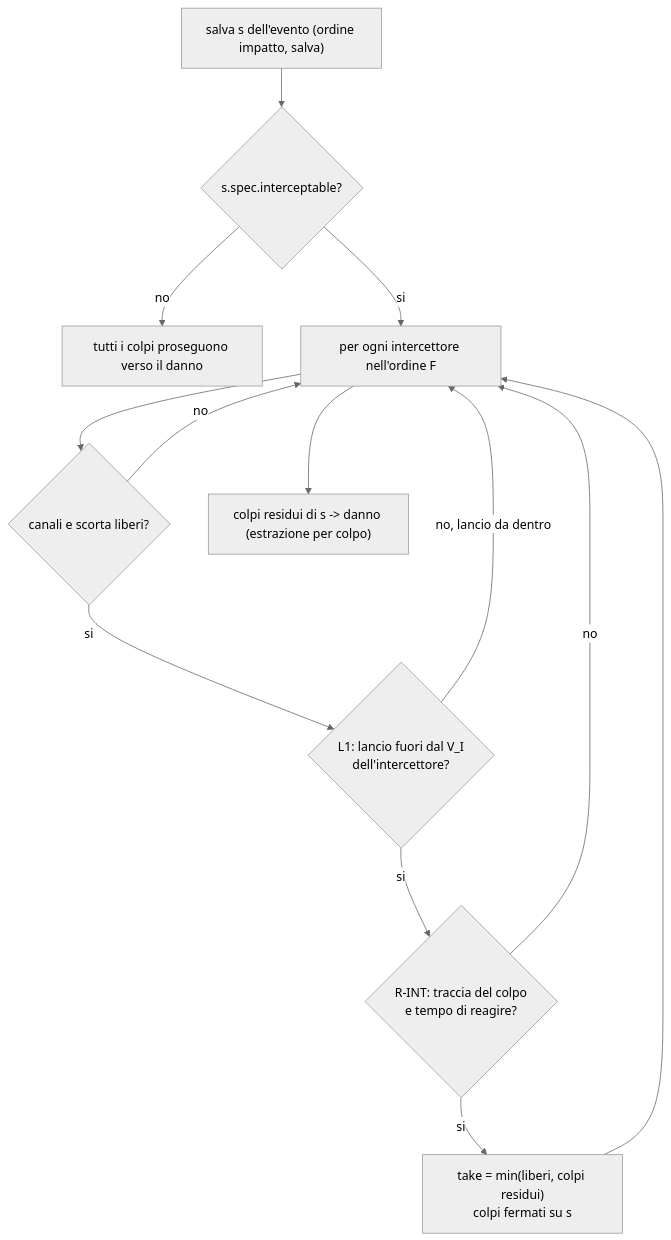
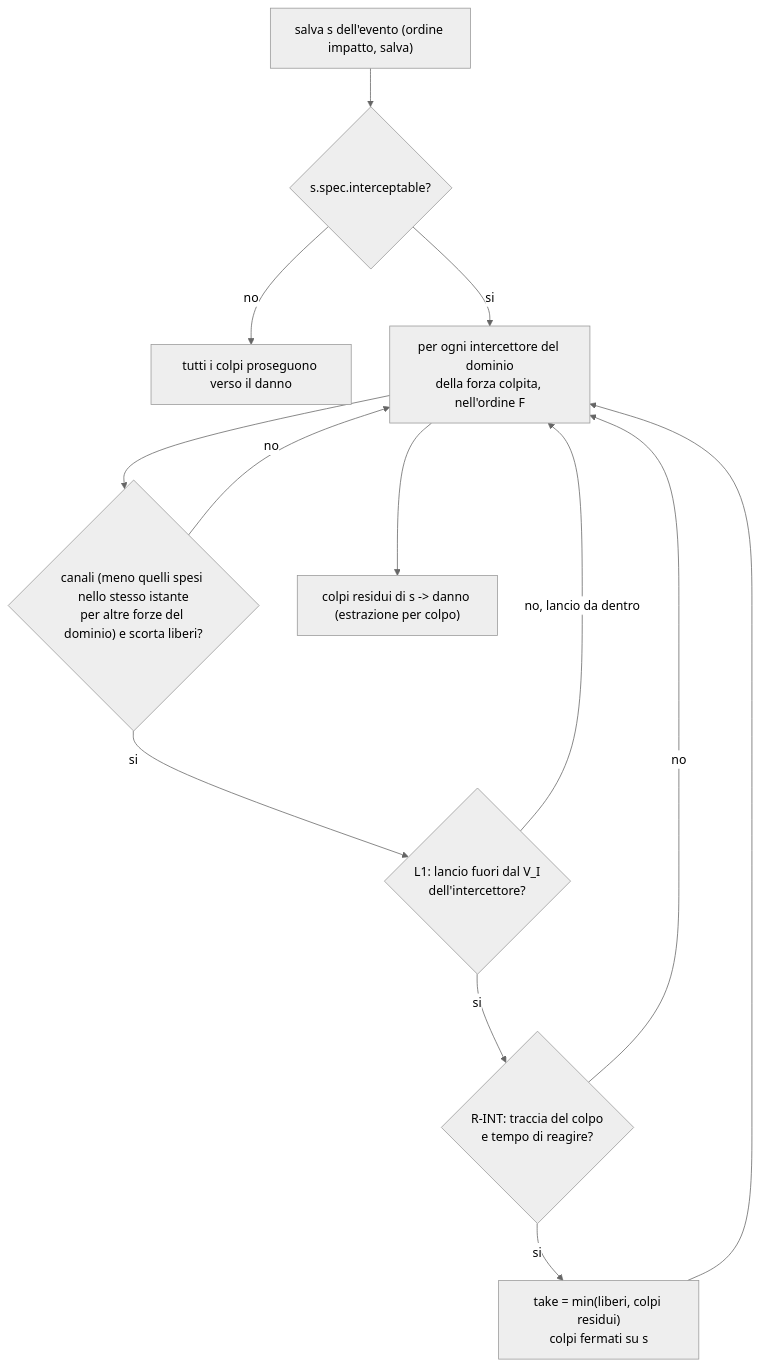
One commit to MakusIV/Warfare-Model changed diagram 11 of 17 in Analysis/Document/Manuale_Motore_DES/05_Strato2_Risolutore_Ingaggio.md. Above: the diagram before and after it, drawn with Mermaid (neutral theme). The commit also changed other lines of this file and 11 other files, not shown here.

````diff
--- a/Analysis/Document/Manuale_Motore_DES/05_Strato2_Risolutore_Ingaggio.md
+++ b/Analysis/Document/Manuale_Motore_DES/05_Strato2_Risolutore_Ingaggio.md
@@ -1482,15 +1630,15 @@
 ```mermaid
 flowchart TD
     S["salva s dell'evento (ordine impatto, salva)"] --> I{"s.spec.interceptable?"}
     I -->|no| W["tutti i colpi proseguono verso il danno"]
-    I -->|si| L["per ogni intercettore nell'ordine F"]
-    L --> F{"canali e scorta liberi?"}
+    I -->|si| L["per ogni intercettore del dominio<br/>della forza colpita, nell'ordine F"]
+    L --> F{"canali (meno quelli spesi nello stesso istante<br/>per altre forze del dominio) e scorta liberi?"}
     F -->|no| L
     F -->|si| G{"L1: lancio fuori dal V_I<br/>dell'intercettore?"}
     G -->|no, lancio da dentro| L
     G -->|si| T{"R-INT: traccia del colpo<br/>e tempo di reagire?"}
     T -->|no| L
     T -->|si| K["take = min(liberi, colpi residui)<br/>colpi fermati su s"]
     K --> L
     L --> R["colpi residui di s -> danno (estrazione per colpo)"]
 ```
````
